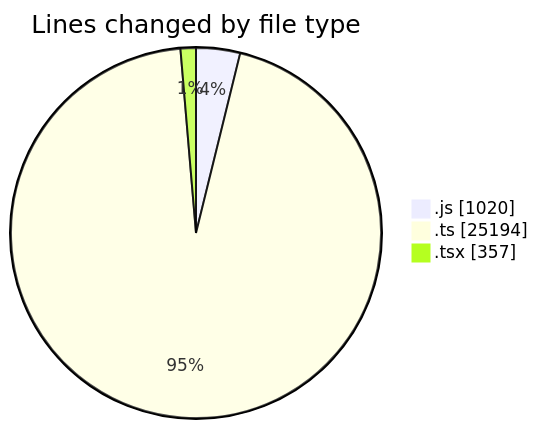
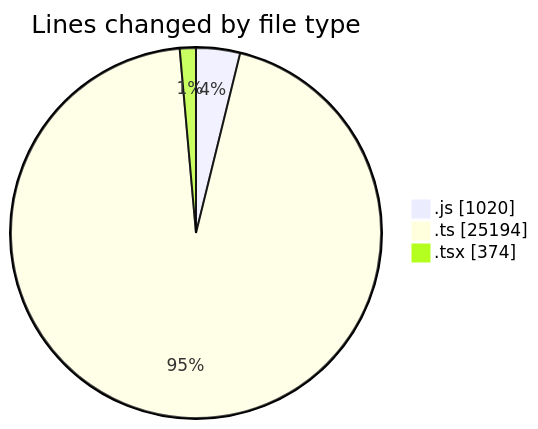
The first of 2 diagrams in 2026-01-15/cda/README.md (momahboobian/code-tracking), drawn with Mermaid before and after one commit. The commit also changed other lines of this file and 1 other file, not shown here.

````diff
--- a/2026-01-15/cda/README.md
+++ b/2026-01-15/cda/README.md
@@ -29,7 +29,7 @@
 ```mermaid
 pie showData
 title Lines changed by file type
 ".js" : 1020
 ".ts" : 25194
-".tsx" : 357
+".tsx" : 374
 ```
````
